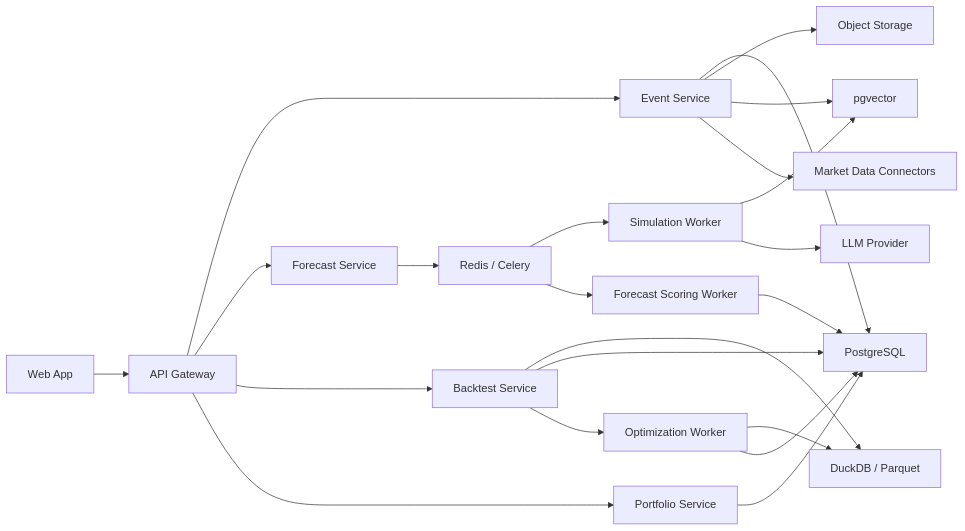
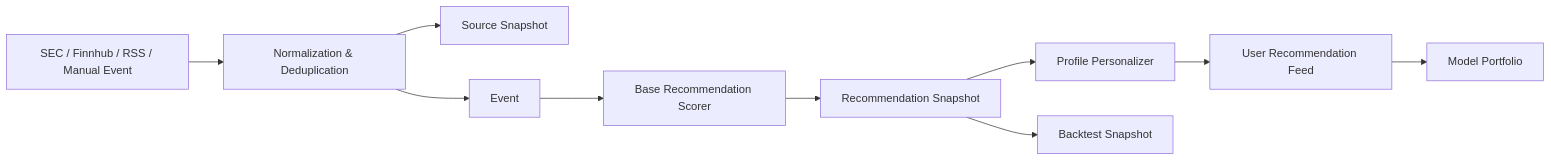
One commit to tahseen137/market-reaction-forecaster changed the diagram in docs/architecture.md. Above: the diagram before and after it, drawn with Mermaid. The commit also changed other lines of this file and 58 other files, not shown here.

````diff
--- a/docs/architecture.md
+++ b/docs/architecture.md
@@ -29,24 +37,12 @@
 ```mermaid
 flowchart LR
-    A["Web App"] --> B["API Gateway"]
-    B --> C["Event Service"]
-    B --> D["Forecast Service"]
-    B --> E["Backtest Service"]
-    B --> F["Portfolio Service"]
-    C --> G["PostgreSQL"]
-    C --> H["Object Storage"]
-    C --> I["pgvector"]
-    C --> J["Market Data Connectors"]
-    D --> K["Redis / Celery"]
-    K --> L["Simulation Worker"]
-    K --> M["Forecast Scoring Worker"]
-    L --> I
-    L --> N["LLM Provider"]
-    M --> G
-    E --> O["DuckDB / Parquet"]
-    E --> G
-    F --> G
-    E --> P["Optimization Worker"]
-    P --> O
-    P --> G
+  A["SEC / Finnhub / RSS / Manual Event"] --> B["Normalization & Deduplication"]
+  B --> C["Source Snapshot"]
+  B --> D["Event"]
+  D --> E["Base Recommendation Scorer"]
+  E --> F["Recommendation Snapshot"]
+  F --> G["Profile Personalizer"]
+  G --> H["User Recommendation Feed"]
+  H --> I["Model Portfolio"]
+  F --> J["Backtest Snapshot"]
 ```
````
